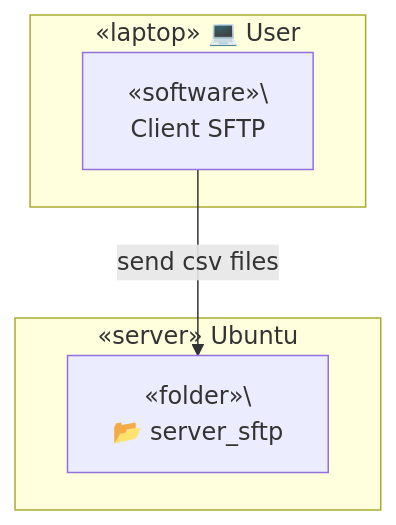
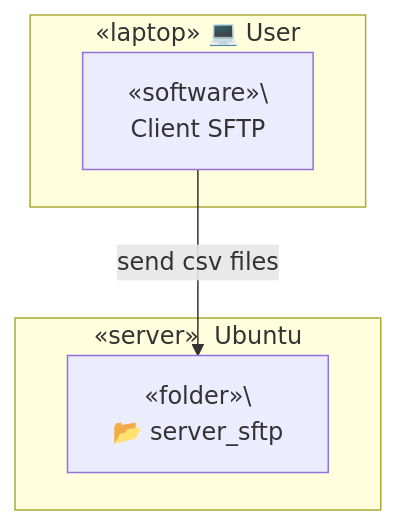
Before and after one commit to TrulyDigital/DATA_STREET: the second of 4 diagrams in server_sftp/README.md, drawn with Mermaid.

Commit message:
update: server_sftp README.md

````diff
--- a/server_sftp/README.md
+++ b/server_sftp/README.md
@@ -14,13 +14,13 @@
 ```mermaid
 graph TD
     
     subgraph Container_A [«laptop» 💻 User]
         A1[«software»\<br> Client SFTP]
     end
 
-    subgraph Container_B [«server»   Ubuntu]
+    subgraph Container_B [«server»&nbsp;&nbsp;Ubuntu]
         B1[«folder»\<br/> 📂 server_sftp]
     end
     
     A1 -- send csv files --> B1
 ```
````
